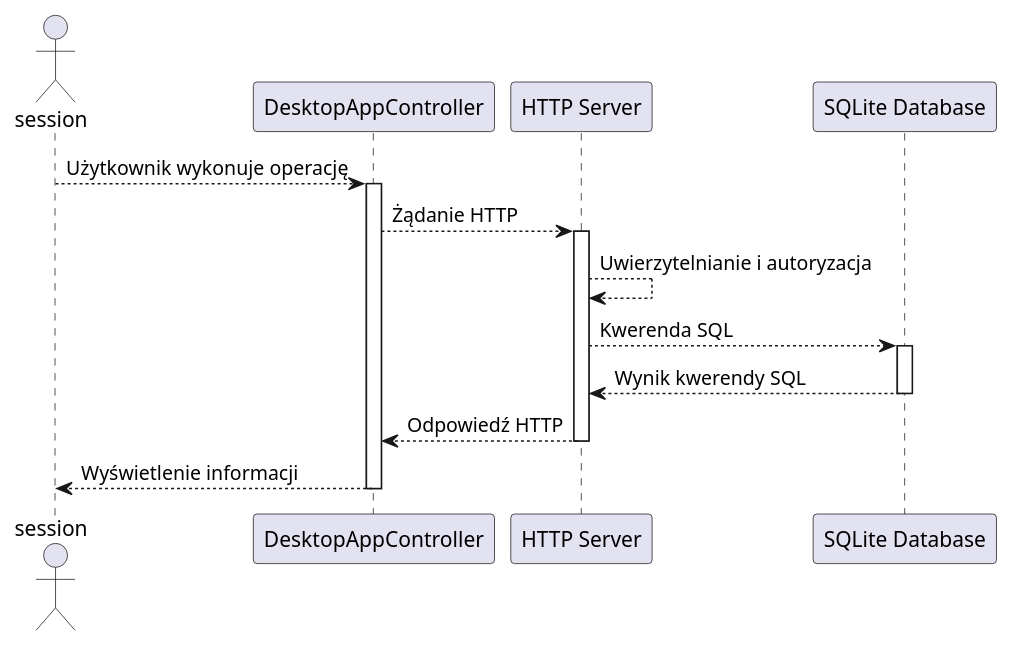
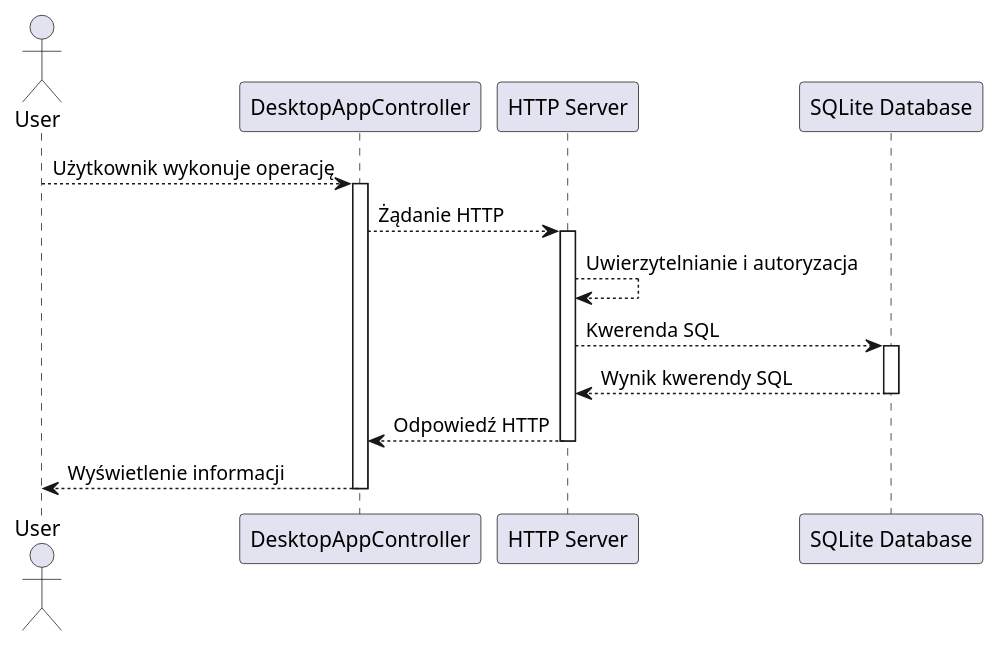
One commit to Mac14101/po2025 changed the diagram in readme.md. Above: the diagram before and after it, drawn with PlantUML. The commit also changed other lines of this file, not shown here.

Commit message:
docs: Aktualizacja informacji o trasach w dokumentacji (readme.md)

````diff
--- a/readme.md
+++ b/readme.md
@@ -61,21 +61,21 @@
 ```plantuml
 @startuml
-actor session
+actor User
 participant "DesktopAppController" AS UIController
 participant "HTTP Server" AS Server
 participant "SQLite Database" AS Database
-session --> UIController : Użytkownik wykonuje operację
+User --> UIController : Użytkownik wykonuje operację
 activate UIController
 UIController --> Server : Żądanie HTTP
 activate Server
 Server --> Server : Uwierzytelnianie i autoryzacja
 Server --> Database : Kwerenda SQL
 activate Database
 Database --> Server : Wynik kwerendy SQL
 deactivate Database
 Server --> UIController : Odpowiedź HTTP
 deactivate Server
-UIController --> session : Wyświetlenie informacji
+UIController --> User : Wyświetlenie informacji
 deactivate UIController
 @enduml
 ```
````
